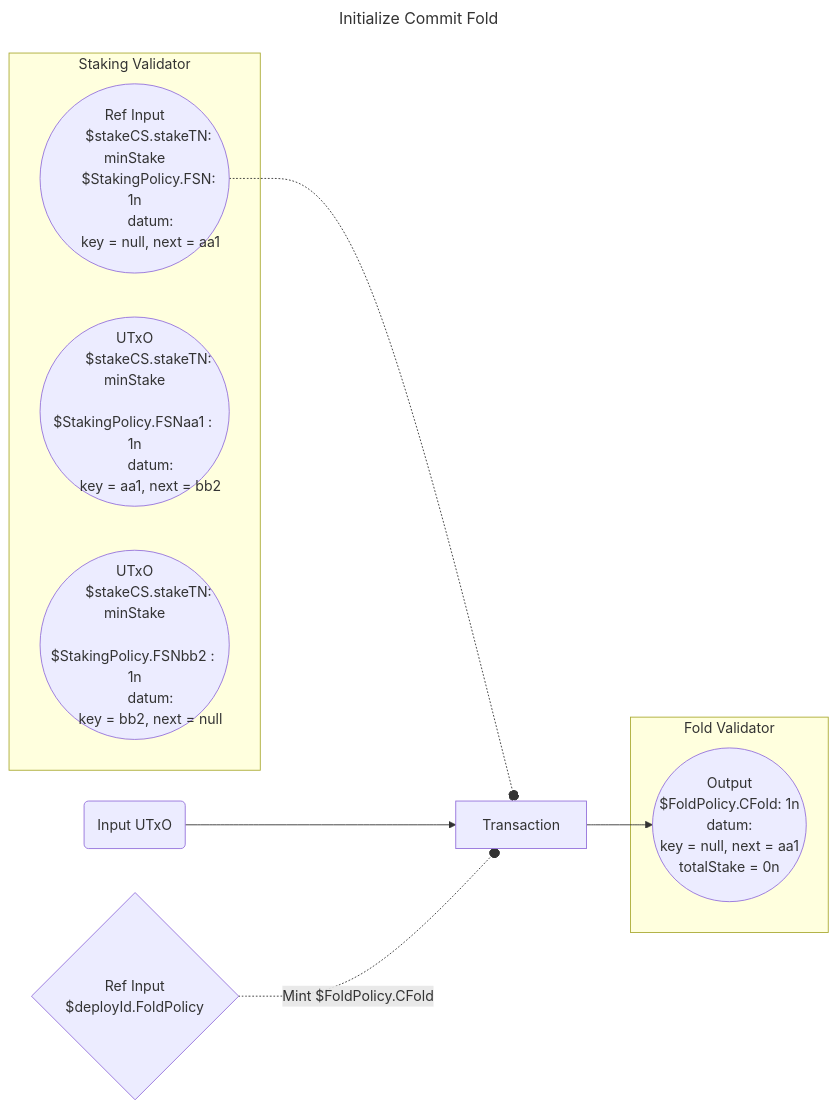
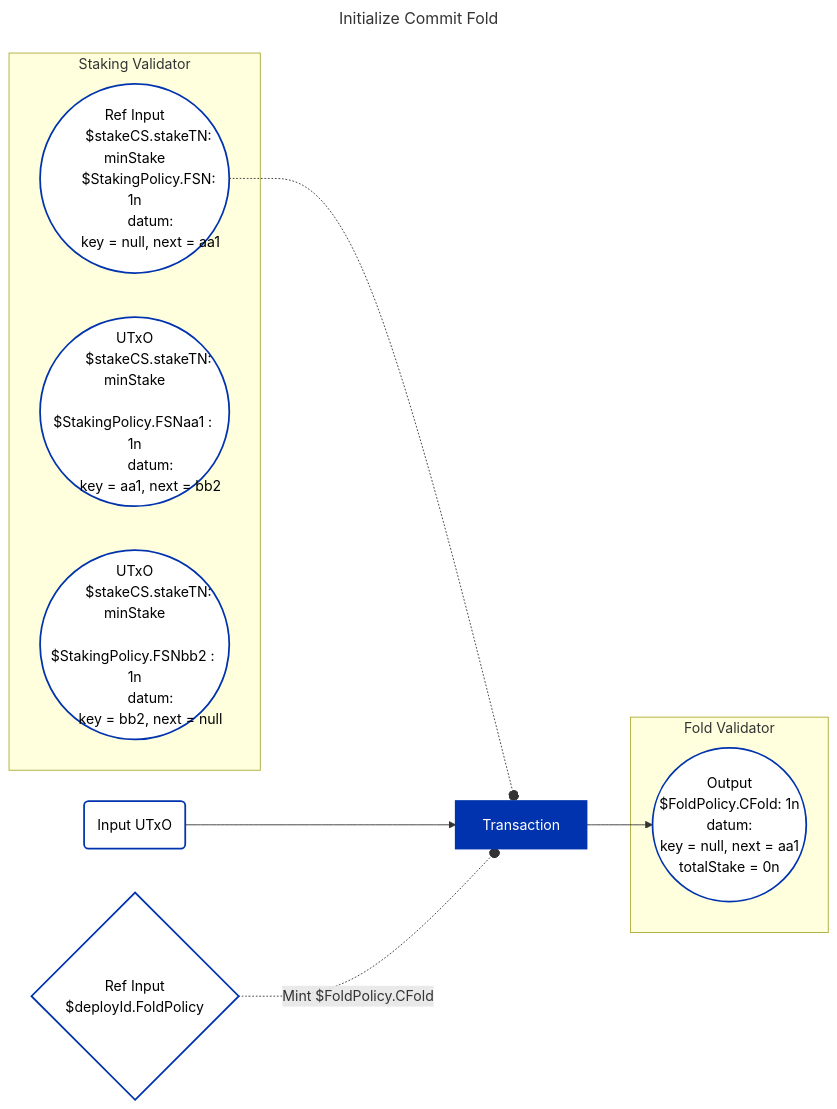
The sixth of 9 diagrams in docs/smart-contracts/smart-contract-languages/plutarch/production-grade-dapps/single-asset-staking.md (cardano-foundation/developer-portal), drawn with Mermaid before and after one commit. The commit also changed other lines of this file and 14 other files, not shown here.

Commit message:
cardano unified color scheme for mermaid diagrams

````diff
--- a/docs/smart-contracts/smart-contract-languages/plutarch/production-grade-dapps/single-asset-staking.md
+++ b/docs/smart-contracts/smart-contract-languages/plutarch/production-grade-dapps/single-asset-staking.md
@@ -214,38 +235,46 @@
 ```mermaid
 ---
 title: Initialize Commit Fold
 ---
 graph LR
     I1(Input UTxO)
     TX[ Transaction ]
     subgraph Staking Validator
     N1(("Ref Input
         $stakeCS.stakeTN: minStake
         $StakingPolicy.FSN: 1n
         datum:
         key = null, next = aa1 "))
     N2(("UTxO
         $stakeCS.stakeTN: minStake
         $StakingPolicy.FSNaa1 : 1n
         datum:
         key = aa1, next = bb2 "))
     N3(("UTxO
         $stakeCS.stakeTN: minStake
         $StakingPolicy.FSNbb2 : 1n
         datum:
         key = bb2, next = null "))
     end
     subgraph Fold Validator
     O1(("Output
         $FoldPolicy.CFold: 1n
         datum:
         key = null, next = aa1
         totalStake = 0n
         "))
     end
     N1 -.-o TX
     I1 --> TX
     MP{"Ref Input
       $deployId.FoldPolicy"}  -.-o|Mint $FoldPolicy.CFold| TX
     TX --> O1
+
+    style I1 fill:#FFFFFF,stroke:#0033AD,stroke-width:2px,color:#000000
+    style TX fill:#0033AD,stroke:#0033AD,stroke-width:2px,color:#FFFFFF
+    style N1 fill:#FFFFFF,stroke:#0033AD,stroke-width:2px,color:#000000
+    style N2 fill:#FFFFFF,stroke:#0033AD,stroke-width:2px,color:#000000
+    style N3 fill:#FFFFFF,stroke:#0033AD,stroke-width:2px,color:#000000
+    style O1 fill:#FFFFFF,stroke:#0033AD,stroke-width:2px,color:#000000
+    style MP fill:#FFFFFF,stroke:#0033AD,stroke-width:2px,color:#000000
 ```
````
